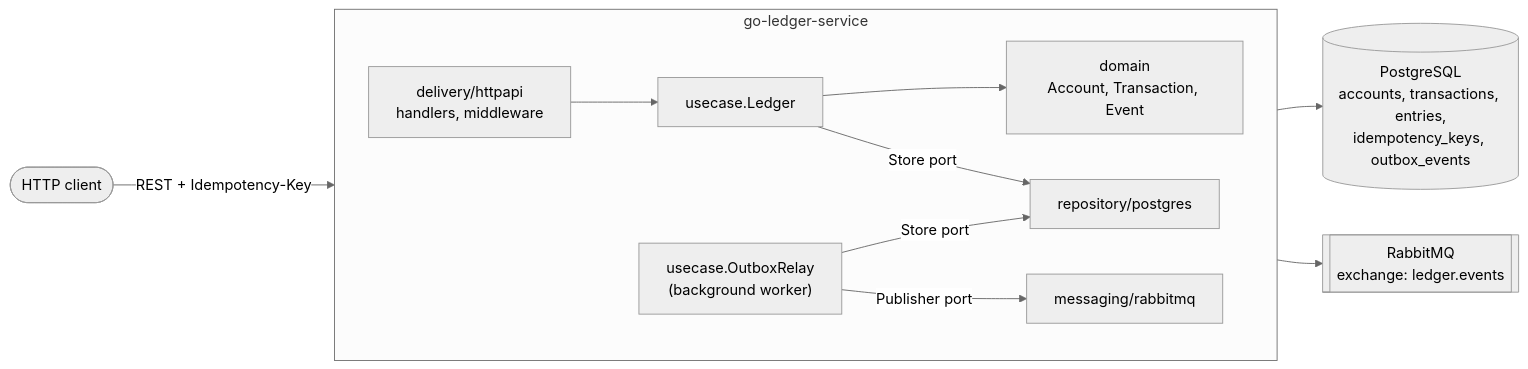
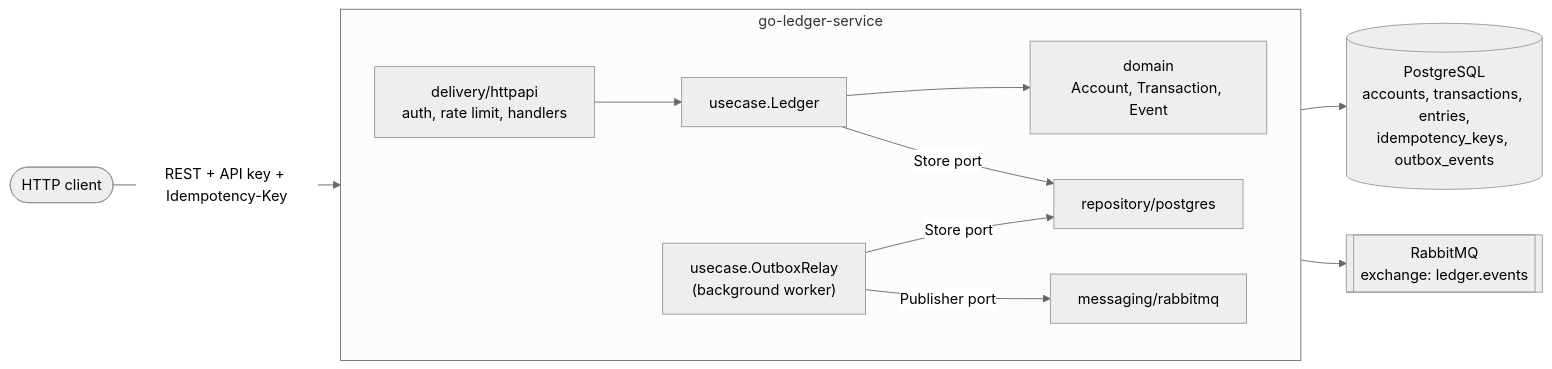
The first of 2 diagrams in README.md (yohadrian21/go-ledger-service), drawn with Mermaid (neutral theme) before and after one commit. The commit also changed other lines of this file and 1 other file, not shown here.

First line of the commit message:
docs: document API key authentication, roles and deployment hardening

````diff
--- a/README.md
+++ b/README.md
@@ -11,26 +11,26 @@
 ```mermaid
 flowchart LR
     client([HTTP client])
 
     subgraph service [go-ledger-service]
         direction LR
-        http["delivery/httpapi<br/>handlers, middleware"]
+        http["delivery/httpapi<br/>auth, rate limit, handlers"]
         ledger["usecase.Ledger"]
         relay["usecase.OutboxRelay<br/>(background worker)"]
         domain["domain<br/>Account, Transaction, Event"]
         repo["repository/postgres"]
         pub["messaging/rabbitmq"]
     end
 
     pg[("PostgreSQL<br/>accounts, transactions, entries,<br/>idempotency_keys, outbox_events")]
     mq[["RabbitMQ<br/>exchange: ledger.events"]]
 
-    client -- "REST + Idempotency-Key" --> http
+    client -- "REST + API key + Idempotency-Key" --> http
     http --> ledger
     ledger --> domain
     ledger -- "Store port" --> repo
     relay -- "Store port" --> repo
     relay -- "Publisher port" --> pub
     repo --> pg
     pub --> mq
 ```
````
